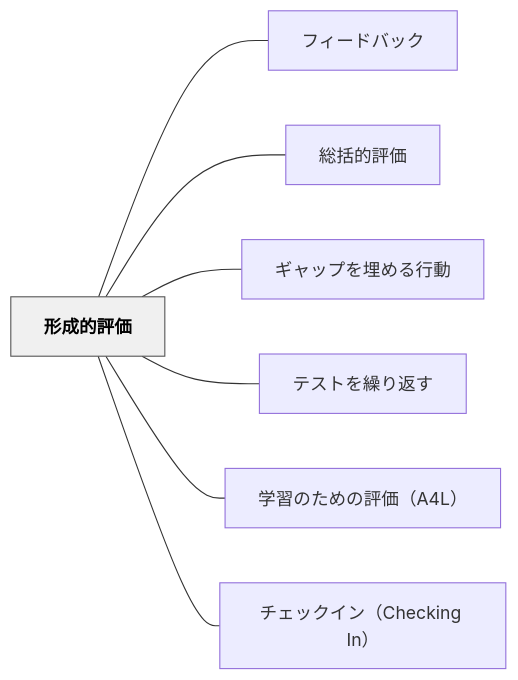
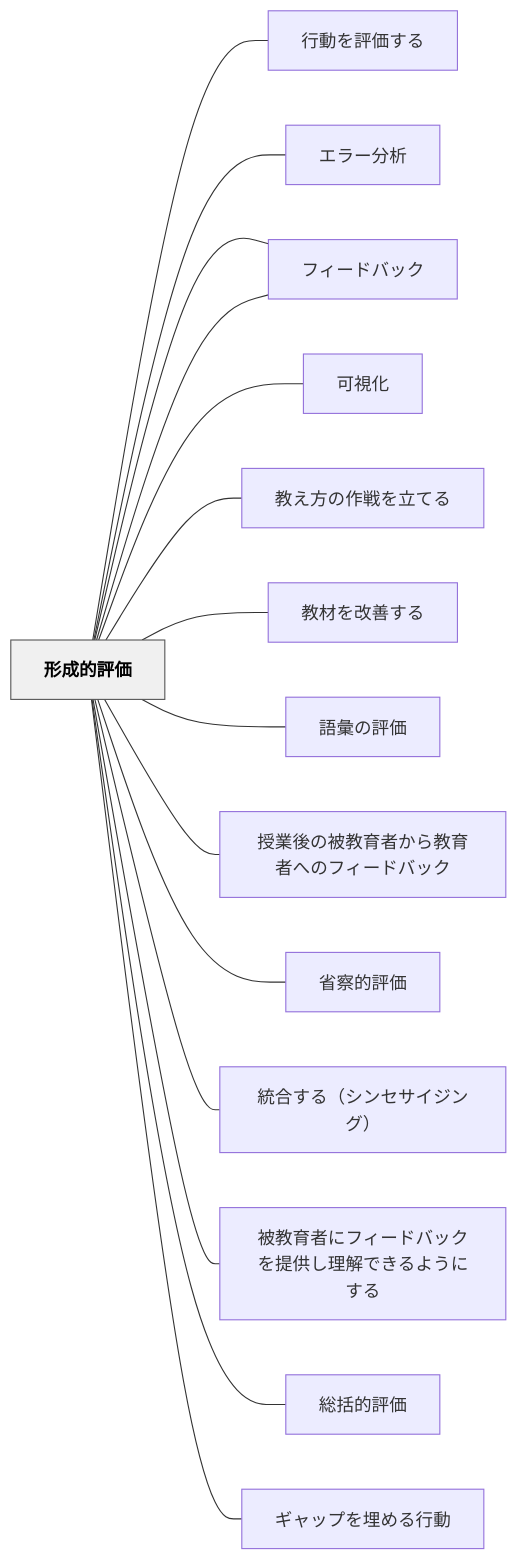
The diagram in content/パタン/形成的評価.md (unknownthings-ed-patterns/unknownthings-ed-patterns), drawn with Mermaid before and after one commit. The commit also changed other lines of this file and 473 other files, not shown here.

````diff
--- a/content/パタン/形成的評価.md
+++ b/content/パタン/形成的評価.md
@@ -63,20 +74,36 @@
 ```mermaid
 flowchart LR
     ne5bda2e68890["形成的評価"]
+    ne8a18ce58b95["行動を評価する"]
+    ne382a8e383a9["エラー分析"]
+    ne38395e382a3["フィードバックシステム"]
+    ne58fafe8a696["可視化"]
+    ne69599e38188["教え方の作戦を立てる"]
+    ne69599e69d90["教材を改善する"]
+    ne8aa9ee5bd99["語彙の評価"]
+    ne68e88e6a5ad["授業後の被教育者から教育者へのフィードバック"]
+    ne79c81e5af9f["省察的評価"]
+    ne7b5b1e59088["統合する（シンセサイジング）"]
+    ne8a2abe69599["被教育者にフィードバックを提供し理解できるようにする"]
     ne38395e382a3["フィードバック"]
     ne7b78fe68bac["総括的評価"]
     ne382aee383a3["ギャップを埋める行動"]
-    ne38386e382b9["テストを繰り返す"]
-    ne5ada6e7bf92["学習のための評価（A4L）"]
-    ne38381e382a7["チェックイン（Checking In）"]
 
+    ne5bda2e68890 --- ne8a18ce58b95
+    ne5bda2e68890 --- ne382a8e383a9
+    ne5bda2e68890 --- ne38395e382a3
+    ne5bda2e68890 --- ne58fafe8a696
+    ne5bda2e68890 --- ne69599e38188
+    ne5bda2e68890 --- ne69599e69d90
+    ne5bda2e68890 --- ne8aa9ee5bd99
+    ne5bda2e68890 --- ne68e88e6a5ad
+    ne5bda2e68890 --- ne79c81e5af9f
+    ne5bda2e68890 --- ne7b5b1e59088
+    ne5bda2e68890 --- ne8a2abe69599
     ne5bda2e68890 --- ne38395e382a3
     ne5bda2e68890 --- ne7b78fe68bac
     ne5bda2e68890 --- ne382aee383a3
-    ne5bda2e68890 --- ne38386e382b9
-    ne5bda2e68890 --- ne5ada6e7bf92
-    ne5bda2e68890 --- ne38381e382a7
 
     classDef hub fill:#f0f0f0,stroke:#555,color:#000,font-weight:bold
     class ne5bda2e68890 hub
 ```
````
